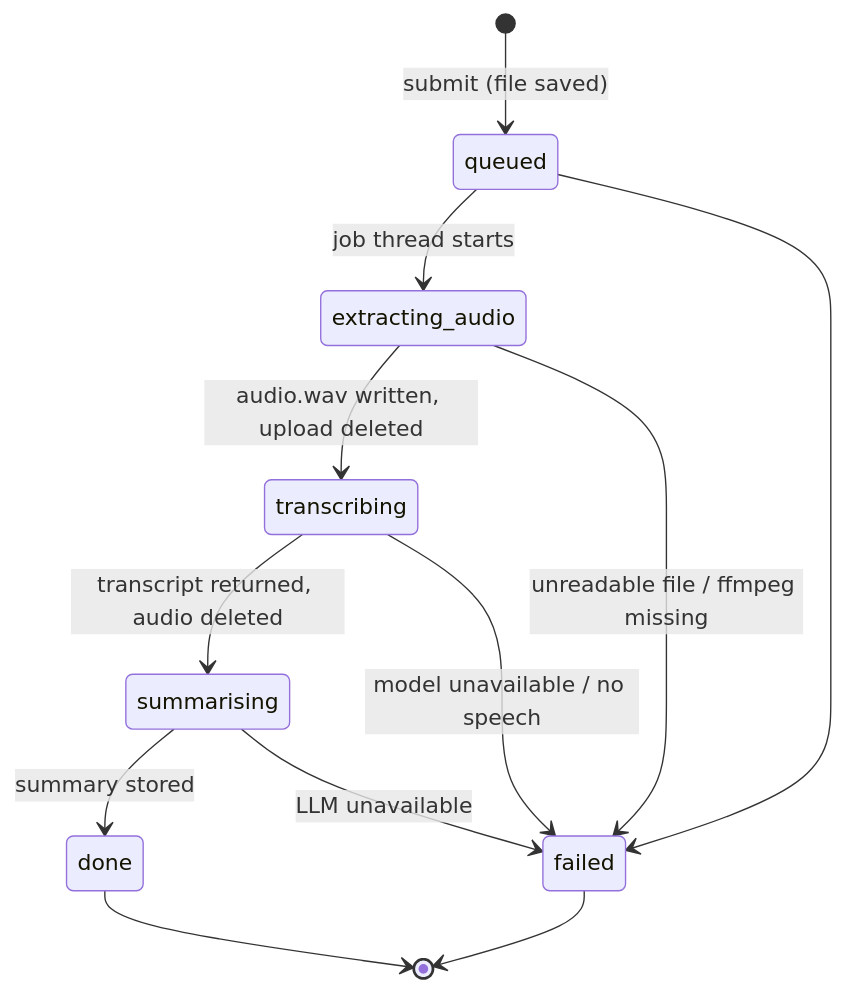
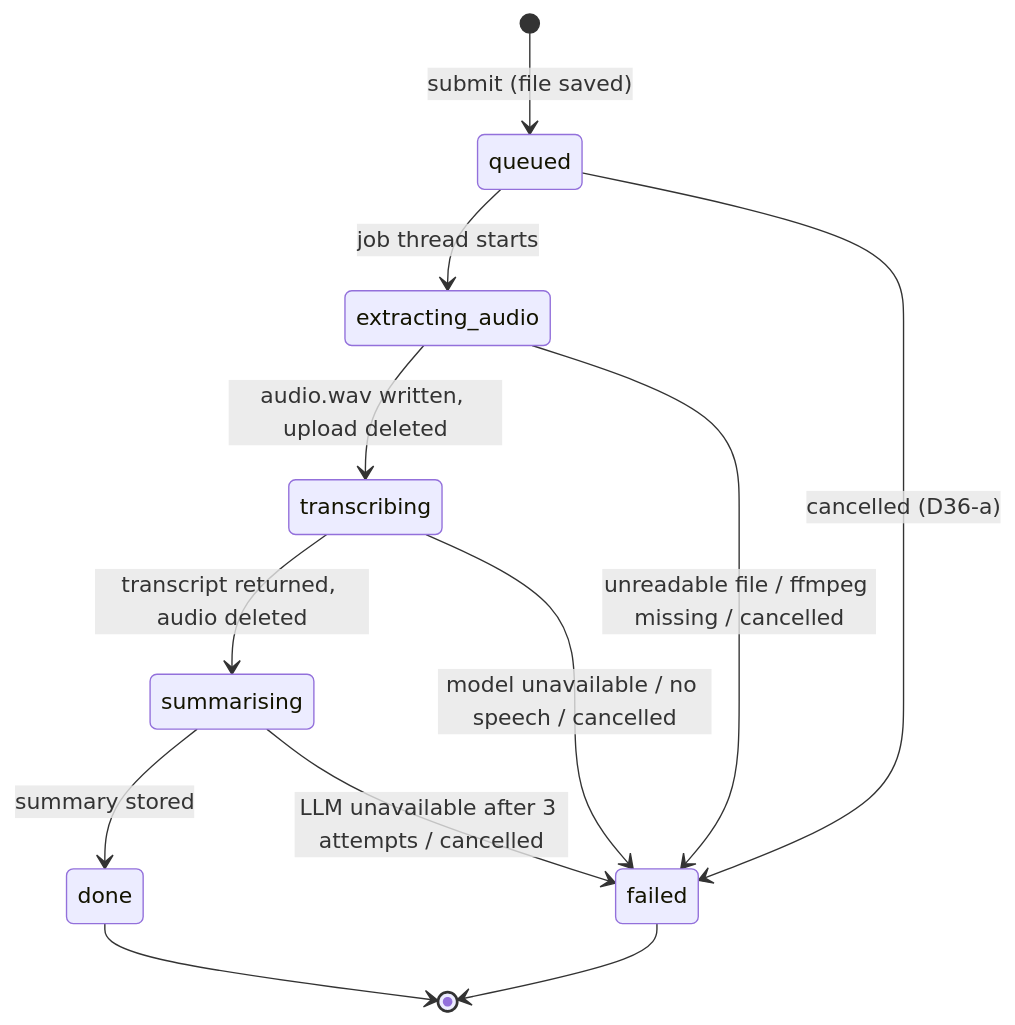
The eighth of 21 diagrams in docs/design.md (ronsarfati/EX2-Teaching-Tool), drawn with Mermaid before and after one commit. The commit also changed other lines of this file and 14 other files, not shown here.

````diff
--- a/docs/design.md
+++ b/docs/design.md
@@ -879,14 +888,14 @@
 ```mermaid
 stateDiagram-v2
   [*] --> queued : submit (file saved)
   queued --> extracting_audio : job thread starts
   extracting_audio --> transcribing : audio.wav written, upload deleted
   transcribing --> summarising : transcript returned, audio deleted
   summarising --> done : summary stored
-  queued --> failed
-  extracting_audio --> failed : unreadable file / ffmpeg missing
-  transcribing --> failed : model unavailable / no speech
-  summarising --> failed : LLM unavailable
+  queued --> failed : cancelled (D36-a)
+  extracting_audio --> failed : unreadable file / ffmpeg missing / cancelled
+  transcribing --> failed : model unavailable / no speech / cancelled
+  summarising --> failed : LLM unavailable after 3 attempts / cancelled
   done --> [*]
   failed --> [*]
 ```
````
